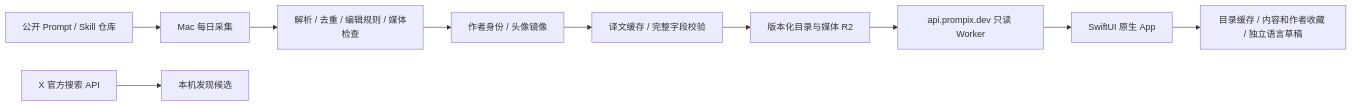
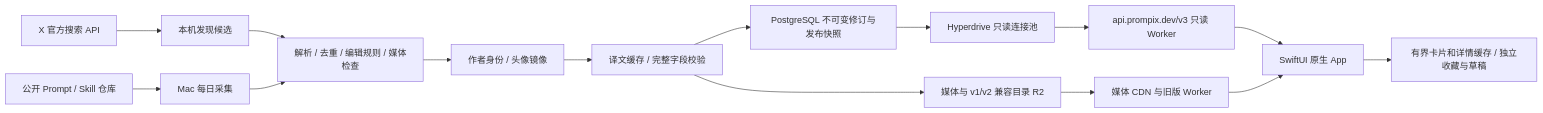
One commit to p697/prompix changed the diagram in docs/tech-plan.md. Above: the diagram before and after it, drawn with Mermaid. The commit also changed other lines of this file and 54 other files, not shown here.

````diff
--- a/docs/tech-plan.md
+++ b/docs/tech-plan.md
@@ -7,12 +7,17 @@
 ```mermaid
 flowchart LR
   GH[公开 Prompt / Skill 仓库] --> MAC[Mac 每日采集]
   X[X 官方搜索 API] --> DRAFT[本机发现候选]
+  DRAFT --> CHECK
   MAC --> CHECK[解析 / 去重 / 编辑规则 / 媒体检查]
   CHECK --> AUTHOR[作者身份 / 头像镜像]
   AUTHOR --> I18N[译文缓存 / 完整字段校验]
-  I18N --> R2[版本化目录与媒体 R2]
-  R2 --> API[api.prompix.dev 只读 Worker]
+  I18N --> DB[PostgreSQL 不可变修订与发布快照]
+  I18N --> R2[媒体与 v1/v2 兼容目录 R2]
+  DB --> POOL[Hyperdrive 只读连接池]
+  POOL --> API[api.prompix.dev/v3 只读 Worker]
   API --> IOS[SwiftUI 原生 App]
-  IOS --> CACHE[目录缓存 / 内容和作者收藏 / 独立语言草稿]
+  R2 --> CDN[媒体 CDN 与旧版 Worker]
+  CDN --> IOS
+  IOS --> CACHE[有界卡片和详情缓存 / 独立收藏与草稿]
 ```
````
